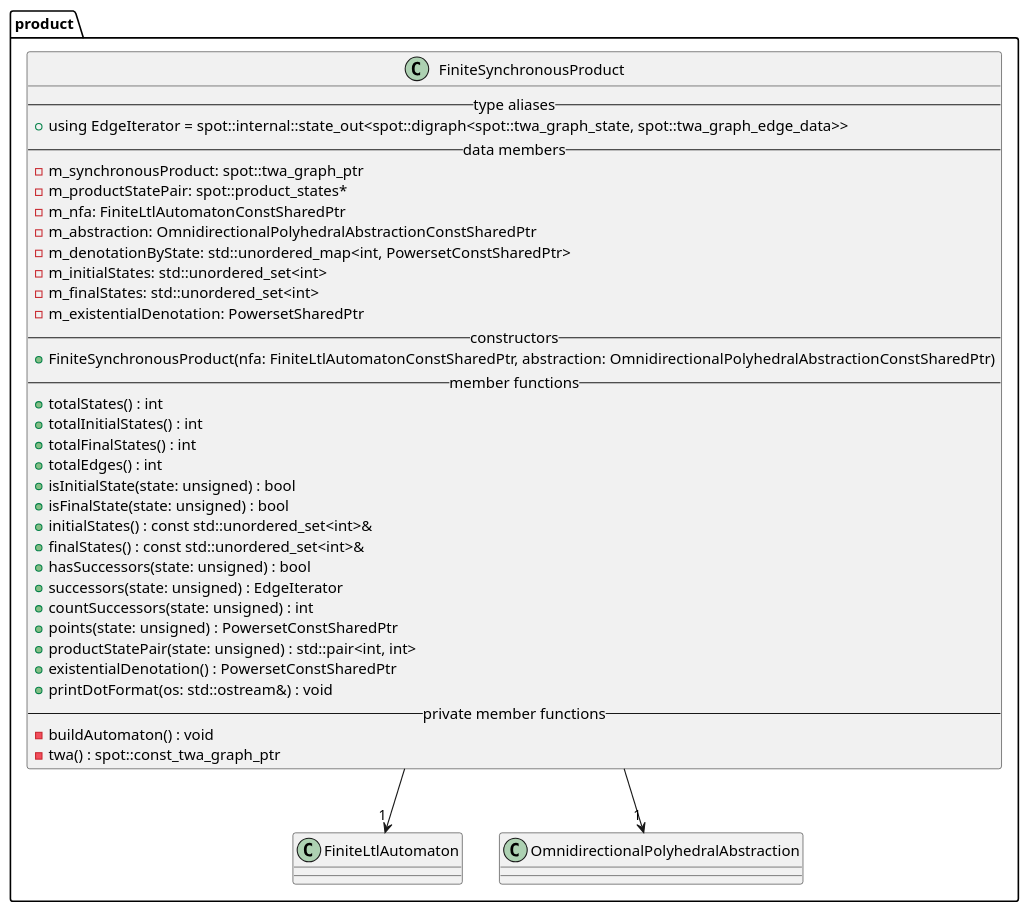
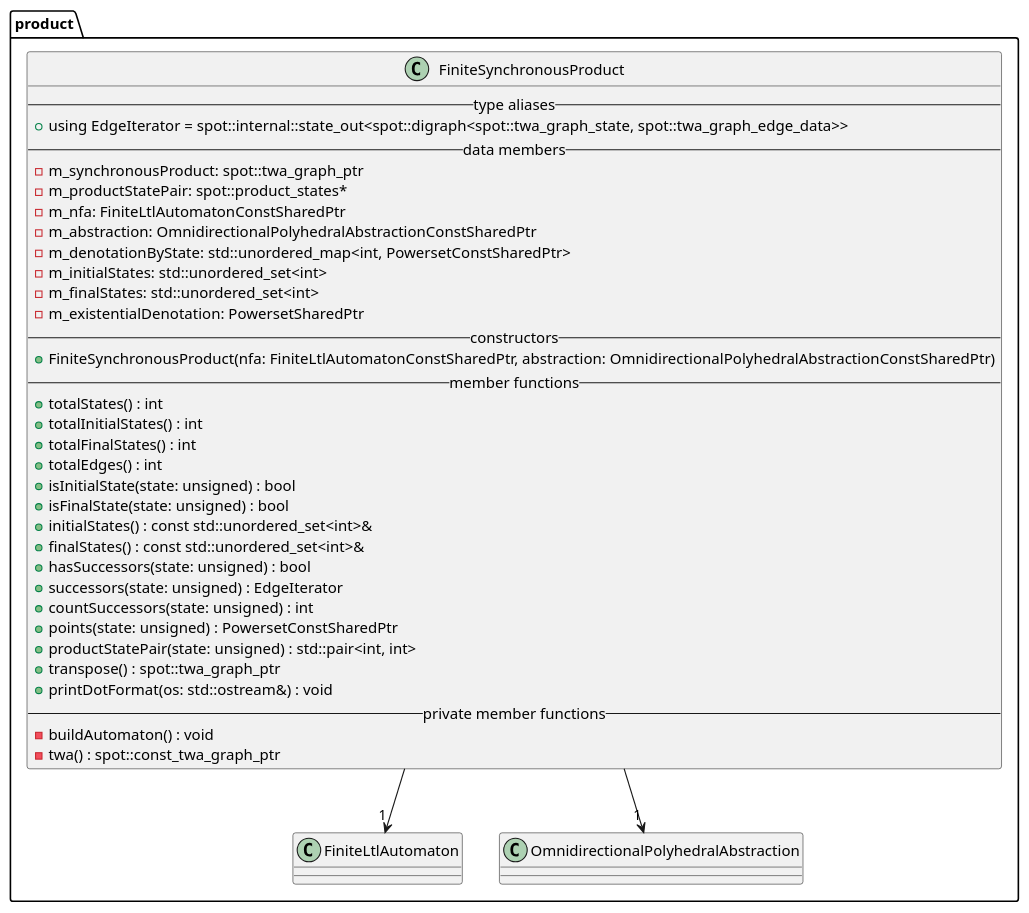
Before and after one commit to vtramo/rtl-mc: the diagram in docs/plantuml/product.puml, drawn with PlantUML. The commit also changed 2 other files, not shown here.

Commit message:
feat(product): add transpose method in FiniteSynchronousProduct

```diff
--- a/docs/plantuml/product.puml
+++ b/docs/plantuml/product.puml
@@ -1,42 +1,42 @@
 @startuml
 
 package product {
     class FiniteSynchronousProduct {
         -- type aliases --
         +using EdgeIterator = spot::internal::state_out<spot::digraph<spot::twa_graph_state, spot::twa_graph_edge_data>>
         -- data members --
         -m_synchronousProduct: spot::twa_graph_ptr
         -m_productStatePair: spot::product_states*
         -m_nfa: FiniteLtlAutomatonConstSharedPtr
         -m_abstraction: OmnidirectionalPolyhedralAbstractionConstSharedPtr
         -m_denotationByState: std::unordered_map<int, PowersetConstSharedPtr>
         -m_initialStates: std::unordered_set<int>
         -m_finalStates: std::unordered_set<int>
         -m_existentialDenotation: PowersetSharedPtr
         -- constructors --
         +FiniteSynchronousProduct(nfa: FiniteLtlAutomatonConstSharedPtr, abstraction: OmnidirectionalPolyhedralAbstractionConstSharedPtr)
         -- member functions --
         +totalStates() : int
         +totalInitialStates() : int
         +totalFinalStates() : int
         +totalEdges() : int
         +isInitialState(state: unsigned) : bool
         +isFinalState(state: unsigned) : bool
         +initialStates() : const std::unordered_set<int>&
         +finalStates() : const std::unordered_set<int>&
         +hasSuccessors(state: unsigned) : bool
         +successors(state: unsigned) : EdgeIterator
         +countSuccessors(state: unsigned) : int
         +points(state: unsigned) : PowersetConstSharedPtr
         +productStatePair(state: unsigned) : std::pair<int, int>
-        +existentialDenotation() : PowersetConstSharedPtr
+        +transpose() : spot::twa_graph_ptr
         +printDotFormat(os: std::ostream&) : void
         -- private member functions --
         -buildAutomaton() : void
         -twa() : spot::const_twa_graph_ptr
     }
 
     FiniteSynchronousProduct --> "1" FiniteLtlAutomaton
     FiniteSynchronousProduct --> "1" OmnidirectionalPolyhedralAbstraction
 }
 @enduml
```
